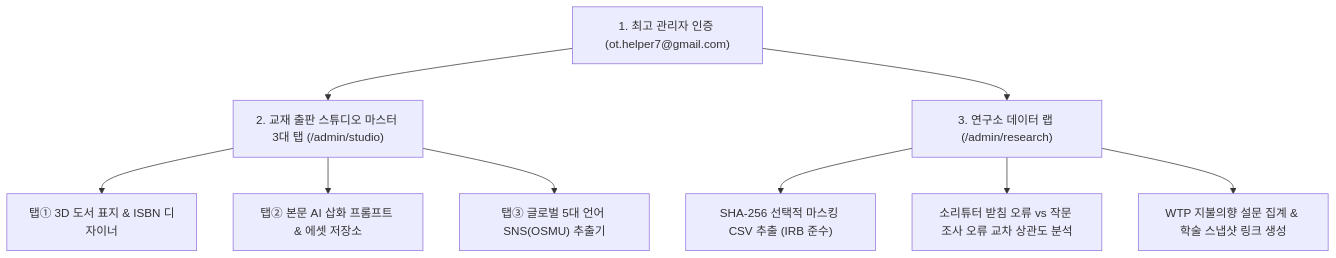
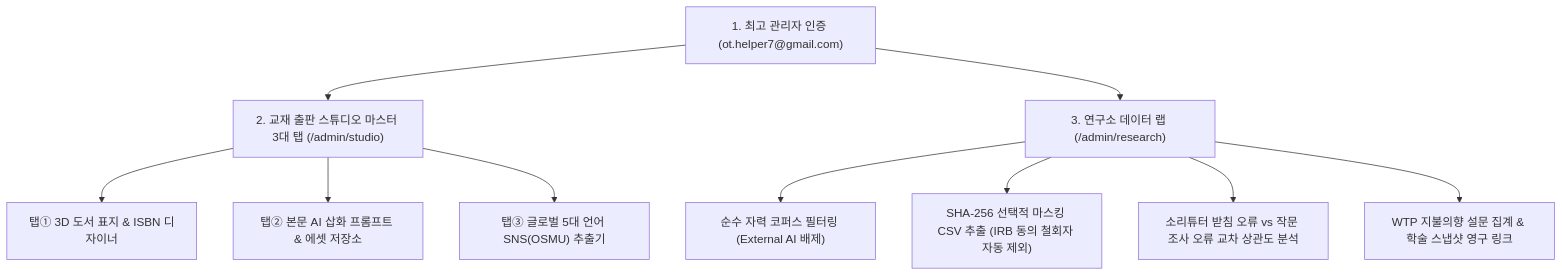
Before and after one commit to kfltchJUNO/hanup-platform: the fifth of 6 diagrams in HANUP_ARCHITECTURE_AND_IMPLEMENTATION_REPORT.md, drawn with Mermaid. The commit also changed other lines of this file and 10 other files, not shown here.

````diff
--- a/HANUP_ARCHITECTURE_AND_IMPLEMENTATION_REPORT.md
+++ b/HANUP_ARCHITECTURE_AND_IMPLEMENTATION_REPORT.md
@@ -164,11 +171,12 @@
 ```mermaid
 flowchart TD
     A1["1. 최고 관리자 인증 (ot.helper7@gmail.com)"] --> A2["2. 교재 출판 스튜디오 마스터 3대 탭 (/admin/studio)"]
     A2 --> A3["탭① 3D 도서 표지 & ISBN 디자이너"]
     A2 --> A4["탭② 본문 AI 삽화 프롬프트 & 에셋 저장소"]
     A2 --> A5["탭③ 글로벌 5대 언어 SNS(OSMU) 추출기"]
     A1 --> A6["3. 연구소 데이터 랩 (/admin/research)"]
-    A6 --> A7["SHA-256 선택적 마스킹 CSV 추출 (IRB 준수)"]
-    A6 --> A8["소리튜터 받침 오류 vs 작문 조사 오류 교차 상관도 분석"]
-    A6 --> A9["WTP 지불의향 설문 집계 & 학술 스냅샷 링크 생성"]
+    A6 --> A7["순수 자력 코퍼스 필터링 (External AI 배제)"]
+    A6 --> A8["SHA-256 선택적 마스킹 CSV 추출 (IRB 동의 철회자 자동 제외)"]
+    A6 --> A9["소리튜터 받침 오류 vs 작문 조사 오류 교차 상관도 분석"]
+    A6 --> A10["WTP 지불의향 설문 집계 & 학술 스냅샷 영구 링크"]
 ```
````
